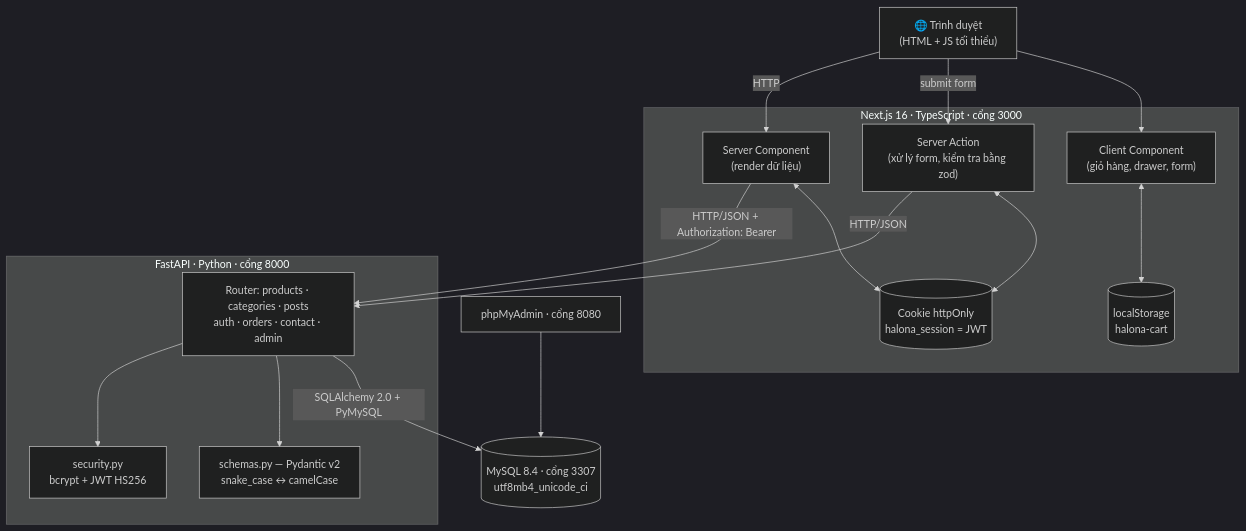
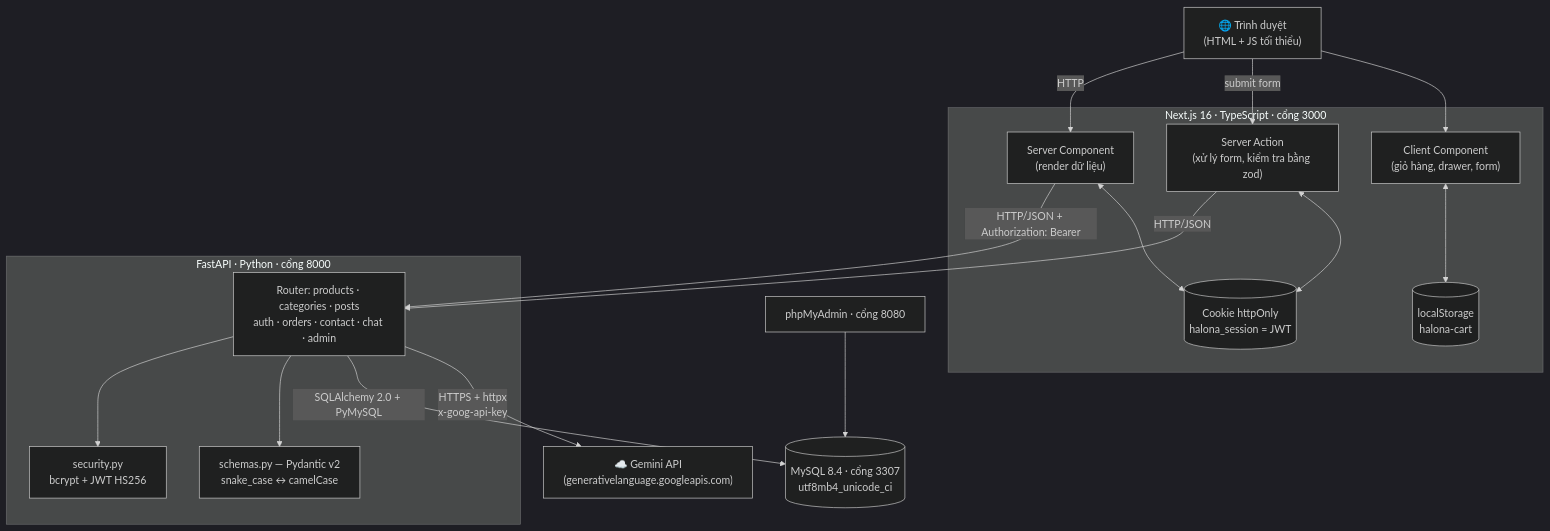
One commit to ngvuowng/doan changed the first of 51 diagrams in docs/SRS.md. Above: the diagram before and after it, drawn with Mermaid (dark theme). The commit also changed other lines of this file and 1 other file, not shown here.

````diff
--- a/docs/SRS.md
+++ b/docs/SRS.md
@@ -28,34 +29,36 @@
 ```mermaid
 flowchart TD
     B["🌐 Trình duyệt<br/>(HTML + JS tối thiểu)"]
 
     subgraph FE["Next.js 16 · TypeScript · cổng 3000"]
         RSC["Server Component<br/>(render dữ liệu)"]
         SA["Server Action<br/>(xử lý form, kiểm tra bằng zod)"]
         CC["Client Component<br/>(giỏ hàng, drawer, form)"]
         LS[("localStorage<br/>halona-cart")]
         CK[("Cookie httpOnly<br/>halona_session = JWT")]
     end
 
     subgraph BE["FastAPI · Python · cổng 8000"]
-        RT["Router: products · categories · posts<br/>auth · orders · contact · admin"]
+        RT["Router: products · categories · posts<br/>auth · orders · contact · chat · admin"]
         SEC["security.py<br/>bcrypt + JWT HS256"]
         SCH["schemas.py — Pydantic v2<br/>snake_case ↔ camelCase"]
     end
 
     DB[("MySQL 8.4 · cổng 3307<br/>utf8mb4_unicode_ci")]
     PMA["phpMyAdmin · cổng 8080"]
+    GM["☁️ Gemini API<br/>(generativelanguage.googleapis.com)"]
 
     B -->|HTTP| RSC
     B -->|submit form| SA
     B --> CC
     CC <--> LS
     RSC -->|"HTTP/JSON + Authorization: Bearer"| RT
     SA -->|"HTTP/JSON"| RT
     SA <--> CK
     RSC <--> CK
     RT --> SEC
     RT --> SCH
     RT -->|"SQLAlchemy 2.0 + PyMySQL"| DB
     PMA --> DB
+    RT -->|"HTTPS + httpx<br/>x-goog-api-key"| GM
 ```
````
